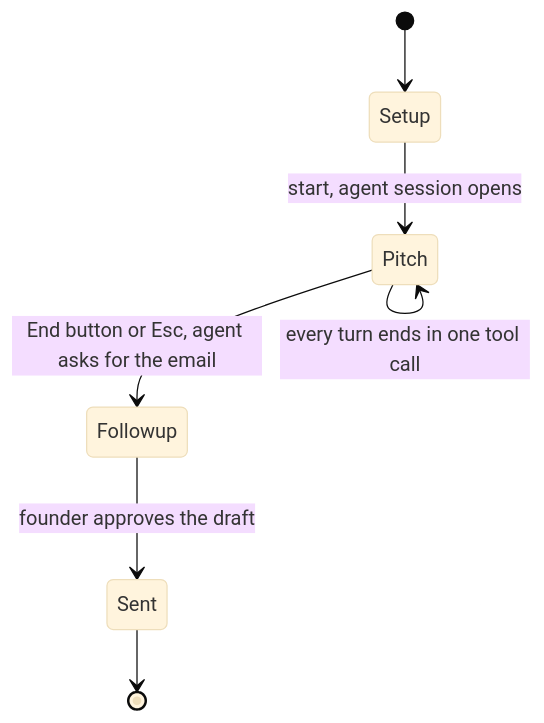
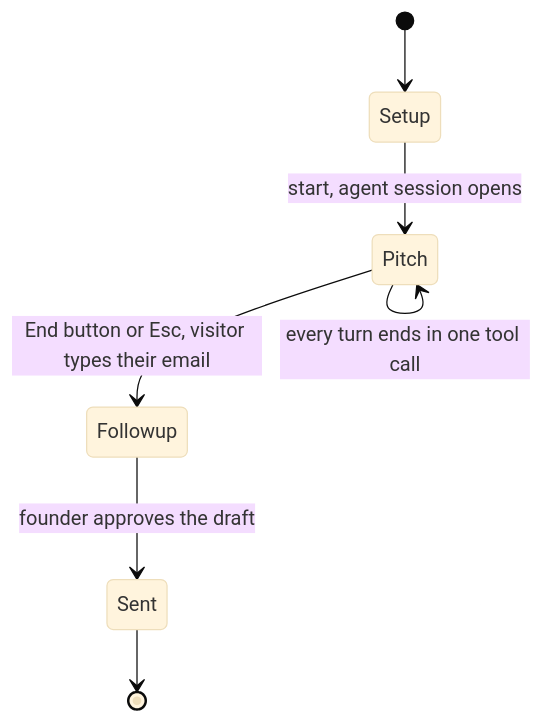
One commit to YuqiLB/evee changed the fourth of 5 diagrams in WORKFLOW.md. Above: the diagram before and after it, drawn with Mermaid (base theme). The commit also changed other lines of this file and 5 other files, not shown here.

First line of the commit message:
Make evee silent: no spoken email request, visitor types it

````diff
--- a/WORKFLOW.md
+++ b/WORKFLOW.md
@@ -72,9 +72,9 @@
 ```mermaid
 stateDiagram-v2
   [*] --> Setup
   Setup --> Pitch: start, agent session opens
   Pitch --> Pitch: every turn ends in one tool call
-  Pitch --> Followup: End button or Esc, agent asks for the email
+  Pitch --> Followup: End button or Esc, visitor types their email
   Followup --> Sent: founder approves the draft
   Sent --> [*]
 ```
````
